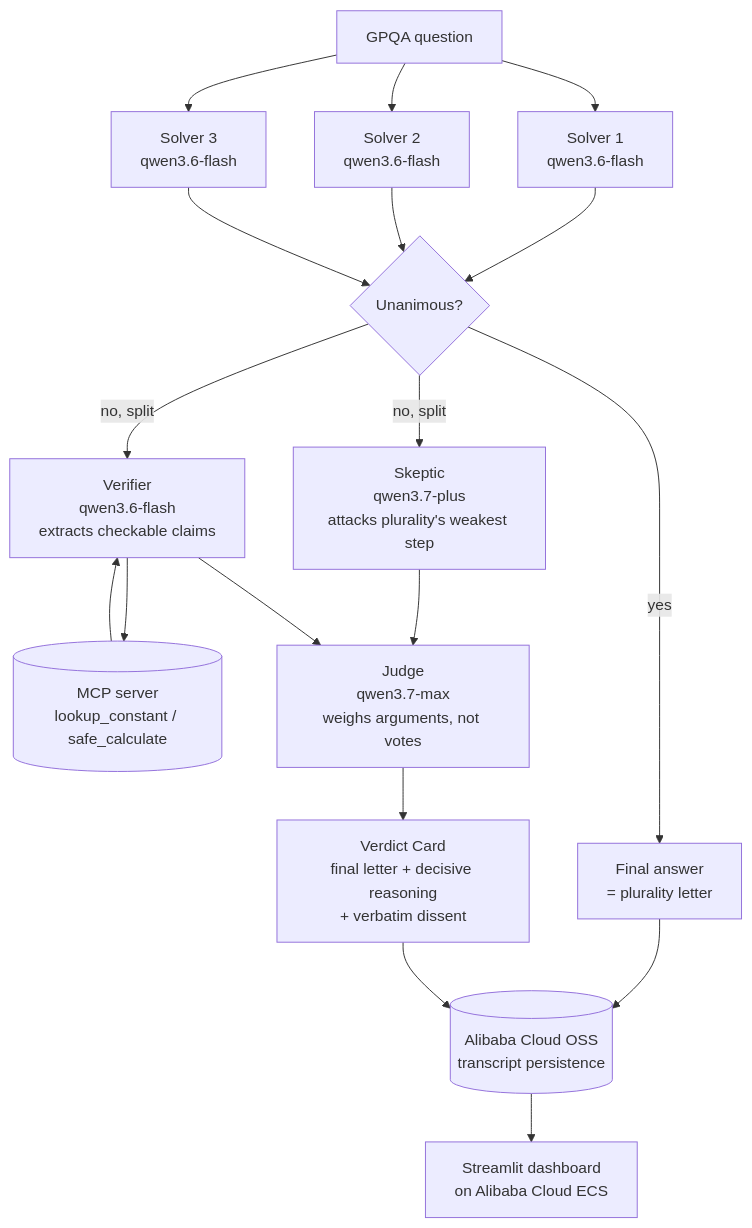
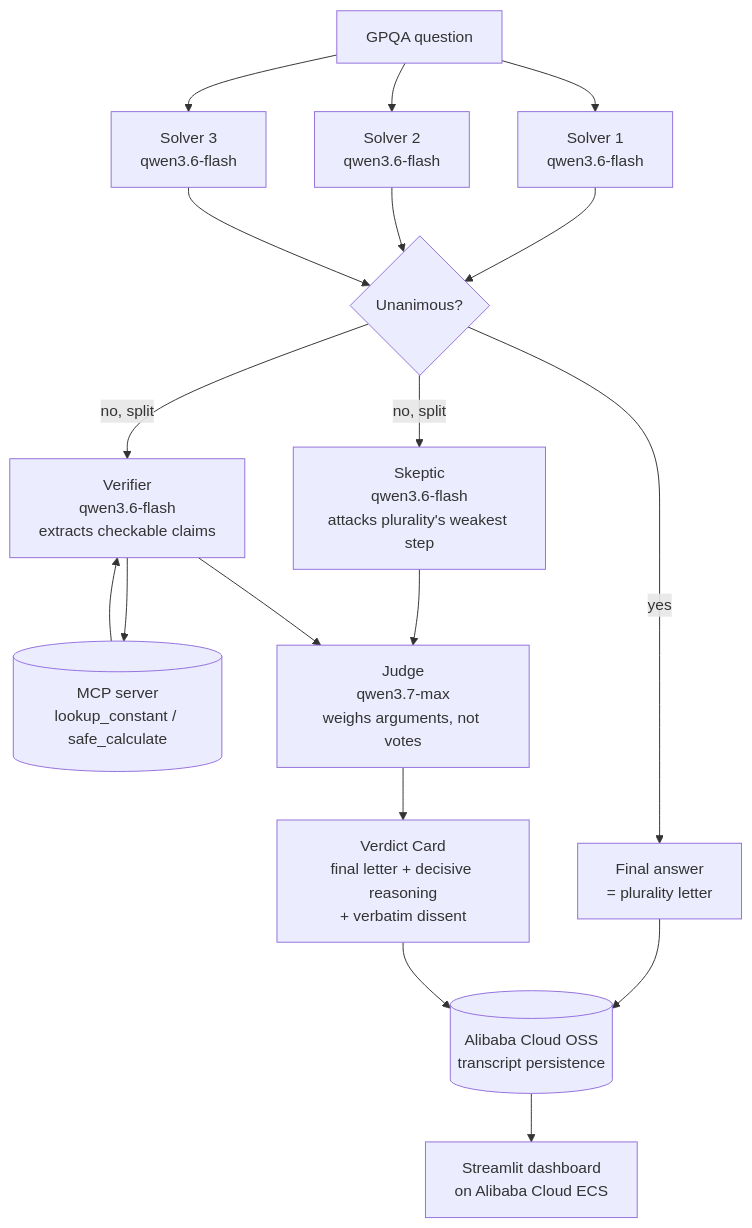
The diagram in docs/architecture.md (juniper-tc02e/quorumqa), drawn with Mermaid before and after one commit. The commit also changed other lines of this file and 3 other files, not shown here.

Commit message:
Correct model-tier documentation: Skeptic and all solver seats run on qwen3.6-flash, not qwen3.7-plus

````diff
--- a/docs/architecture.md
+++ b/docs/architecture.md
@@ -9,28 +9,28 @@
 ```mermaid
 flowchart TD
     Q[GPQA question] --> S1[Solver 1<br/>qwen3.6-flash]
     Q --> S2[Solver 2<br/>qwen3.6-flash]
     Q --> S3[Solver 3<br/>qwen3.6-flash]
 
     S1 --> D{Unanimous?}
     S2 --> D
     S3 --> D
 
     D -- yes --> F1[Final answer<br/>= plurality letter]
 
-    D -- no, split --> K[Skeptic<br/>qwen3.7-plus<br/>attacks plurality's weakest step]
+    D -- no, split --> K[Skeptic<br/>qwen3.6-flash<br/>attacks plurality's weakest step]
     D -- no, split --> V[Verifier<br/>qwen3.6-flash<br/>extracts checkable claims]
 
     V --> MCP[(MCP server<br/>lookup_constant / safe_calculate)]
     MCP --> V
 
     K --> J[Judge<br/>qwen3.7-max<br/>weighs arguments, not votes]
     V --> J
 
     J --> VC[Verdict Card<br/>final letter + decisive reasoning<br/>+ verbatim dissent]
 
     F1 --> OSS[(Alibaba Cloud OSS<br/>transcript persistence)]
     VC --> OSS
 
     OSS --> Dash[Streamlit dashboard<br/>on Alibaba Cloud ECS]
 ```
````
